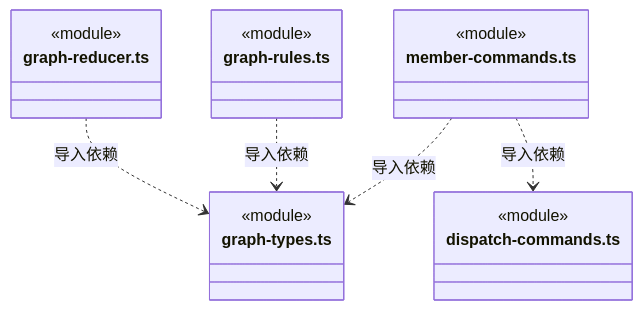
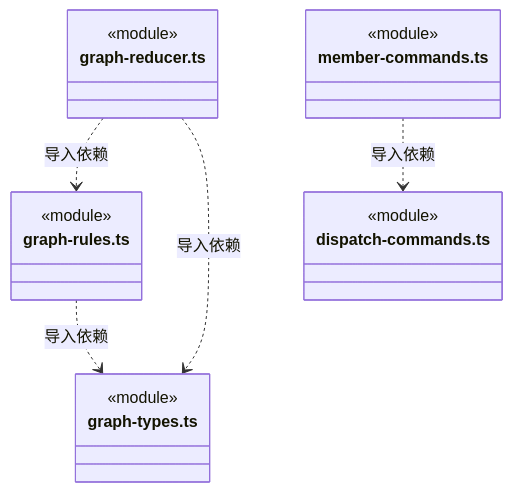
Before and after one commit to nan023062/cbim: diagram 38 of 43 in src/backend/core/tasks/ARCHITECTURE.md, drawn with Mermaid. The commit also changed other lines of this file and 47 other files, not shown here.

````diff
--- a/src/backend/core/tasks/ARCHITECTURE.md
+++ b/src/backend/core/tasks/ARCHITECTURE.md
@@ -885,22 +979,22 @@
 ```mermaid
 classDiagram
 class N_src_backend_core_tasks_graph_reducer_ts["graph-reducer.ts"] {
   <<module>>
 }
-class N_src_backend_core_tasks_graph_types_ts["graph-types.ts"] {
+class N_src_backend_core_tasks_graph_rules_ts["graph-rules.ts"] {
   <<module>>
 }
-class N_src_backend_core_tasks_graph_rules_ts["graph-rules.ts"] {
+class N_src_backend_core_tasks_graph_types_ts["graph-types.ts"] {
   <<module>>
 }
 class N_src_backend_core_tasks_member_commands_ts["member-commands.ts"] {
   <<module>>
 }
 class N_src_backend_core_tasks_dispatch_commands_ts["dispatch-commands.ts"] {
   <<module>>
 }
+N_src_backend_core_tasks_graph_reducer_ts ..> N_src_backend_core_tasks_graph_rules_ts : 导入依赖
 N_src_backend_core_tasks_graph_reducer_ts ..> N_src_backend_core_tasks_graph_types_ts : 导入依赖
 N_src_backend_core_tasks_graph_rules_ts ..> N_src_backend_core_tasks_graph_types_ts : 导入依赖
 N_src_backend_core_tasks_member_commands_ts ..> N_src_backend_core_tasks_dispatch_commands_ts : 导入依赖
-N_src_backend_core_tasks_member_commands_ts ..> N_src_backend_core_tasks_graph_types_ts : 导入依赖
 ```
````
